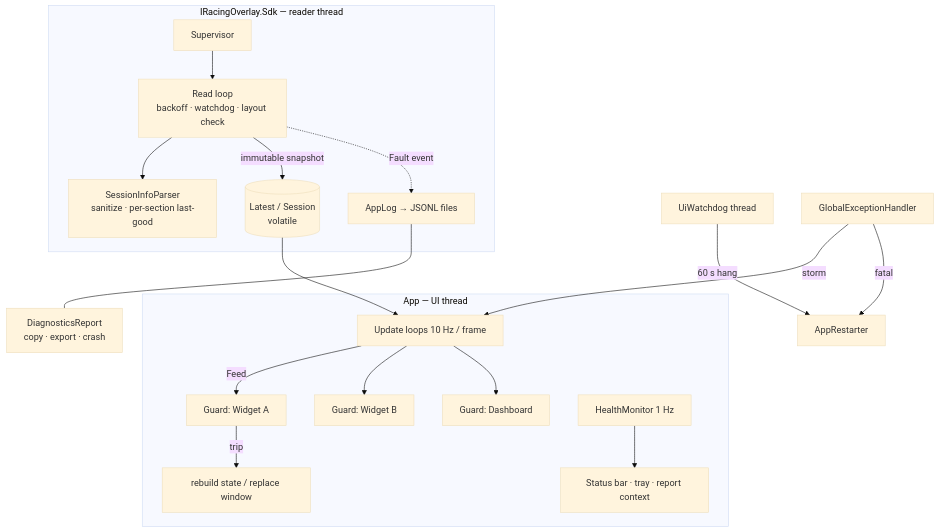
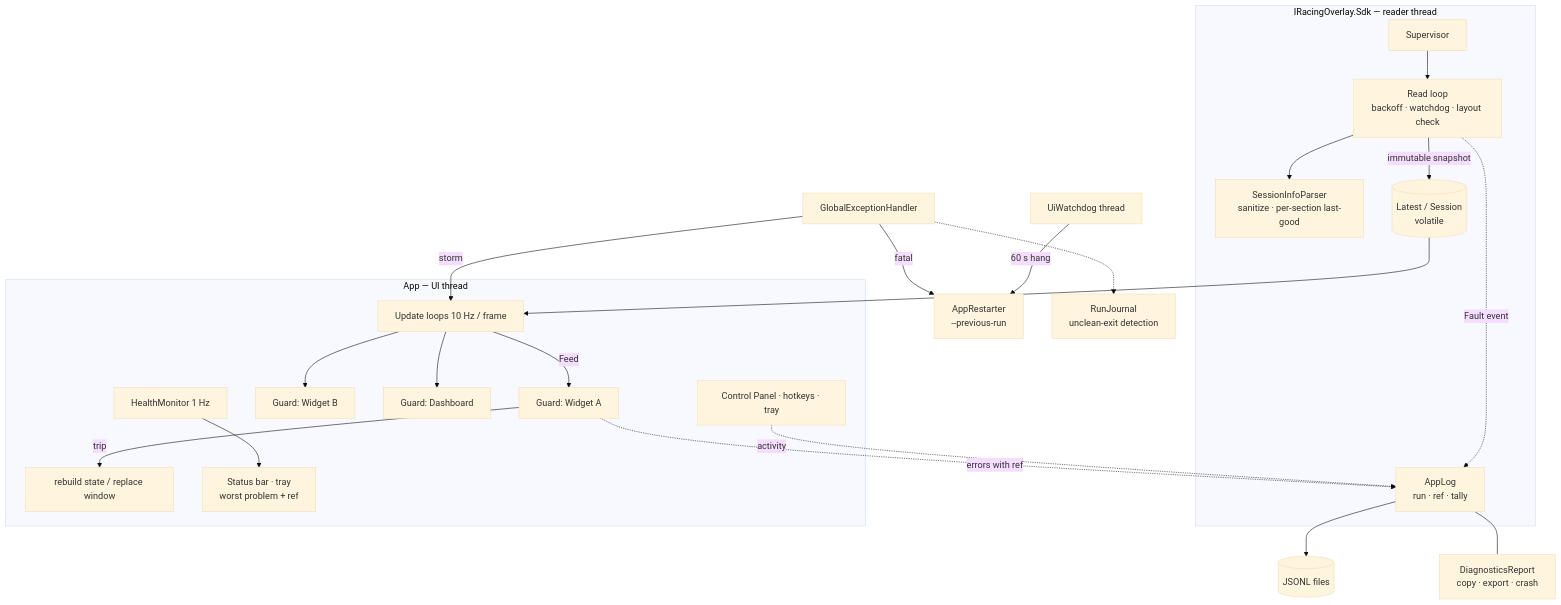
The diagram in docs/reports/reliability_report.md (andreuservera/OpenOverlay), drawn with Mermaid (base theme) before and after one commit. The commit also changed other lines of this file and 27 other files, not shown here.

````diff
--- a/docs/reports/reliability_report.md
+++ b/docs/reports/reliability_report.md
@@ -132,21 +220,25 @@
 ```mermaid
 flowchart TB
     subgraph SDK["IRacingOverlay.Sdk — reader thread"]
       SUP[Supervisor] --> LOOP[Read loop<br/>backoff · watchdog · layout check]
       LOOP --> SIP[SessionInfoParser<br/>sanitize · per-section last-good]
       LOOP -->|immutable snapshot| PUB[(Latest / Session<br/>volatile)]
       LOOP -.->|Fault event| LOG
     end
     subgraph UI["App — UI thread"]
       TICK[Update loops 10 Hz / frame] -->|Feed| G1[Guard: Widget A]
       TICK --> G2[Guard: Widget B]
       TICK --> GD[Guard: Dashboard]
       G1 -->|trip| R1[rebuild state / replace window]
-      HM[HealthMonitor 1 Hz] --> SB[Status bar · tray · report context]
+      CP[Control Panel · hotkeys · tray] -.->|activity| LOG
+      HM[HealthMonitor 1 Hz] --> SB[Status bar · tray<br/>worst problem + ref]
     end
     PUB --> TICK
-    WD[UiWatchdog thread] -->|60 s hang| RS[AppRestarter]
+    G1 -.->|errors with ref| LOG
+    WD[UiWatchdog thread] -->|60 s hang| RS[AppRestarter<br/>--previous-run]
     GEH[GlobalExceptionHandler] -->|storm| TICK
     GEH -->|fatal| RS
-    LOG[AppLog → JSONL files] --- DR[DiagnosticsReport<br/>copy · export · crash]
+    GEH -.-> RJ[RunJournal<br/>unclean-exit detection]
+    LOG[AppLog<br/>run · ref · tally] --> FILES[(JSONL files)]
+    LOG --- DR[DiagnosticsReport<br/>copy · export · crash]
 ```
````
